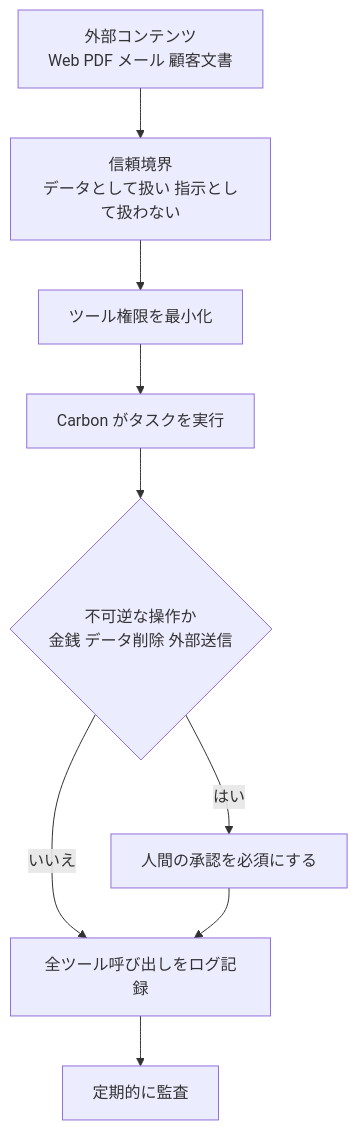
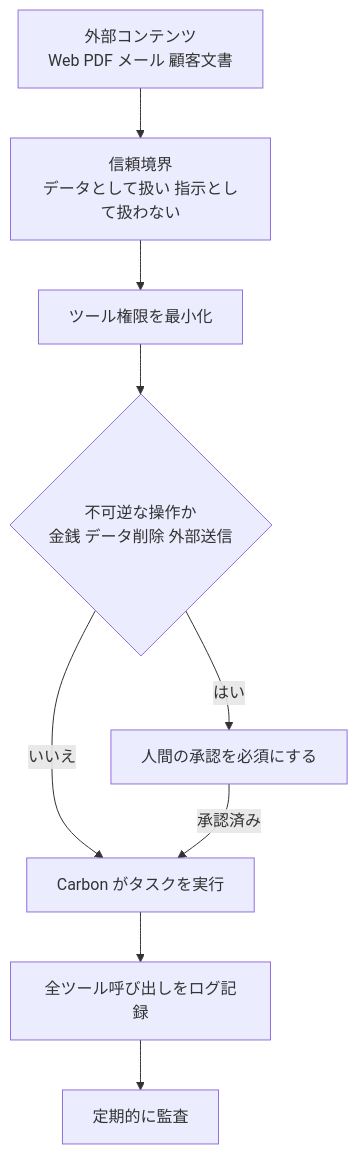
The eighth of 9 diagrams in Gemini-4-carbon-guide.md (myoshi2891/Comparison-of-LLMs), drawn with Mermaid before and after one commit. The commit also changed other lines of this file and 2 other files, not shown here.

Commit message:
docs(google): improve human-in-the-loop approval, input validation, and truncation handling across Carbon, Hydrogen, and Decisions guides

````diff
--- a/Gemini-4-carbon-guide.md
+++ b/Gemini-4-carbon-guide.md
@@ -549,11 +554,11 @@
 ```mermaid
 flowchart TD
     IN["外部コンテンツ<br/>Web PDF メール 顧客文書"] --> TR["信頼境界<br/>データとして扱い 指示として扱わない"]
     TR --> LP["ツール権限を最小化"]
-    LP --> RUN["Carbon がタスクを実行"]
-    RUN --> RISK{"不可逆な操作か<br/>金銭 データ削除 外部送信"}
+    LP --> RISK{"不可逆な操作か<br/>金銭 データ削除 外部送信"}
     RISK -- "はい" --> HU["人間の承認を必須にする"]
-    RISK -- "いいえ" --> LOG["全ツール呼び出しをログ記録"]
-    HU --> LOG
+    RISK -- "いいえ" --> RUN["Carbon がタスクを実行"]
+    HU -- "承認済み" --> RUN
+    RUN --> LOG["全ツール呼び出しをログ記録"]
     LOG --> AUD["定期的に監査"]
 ```
````
